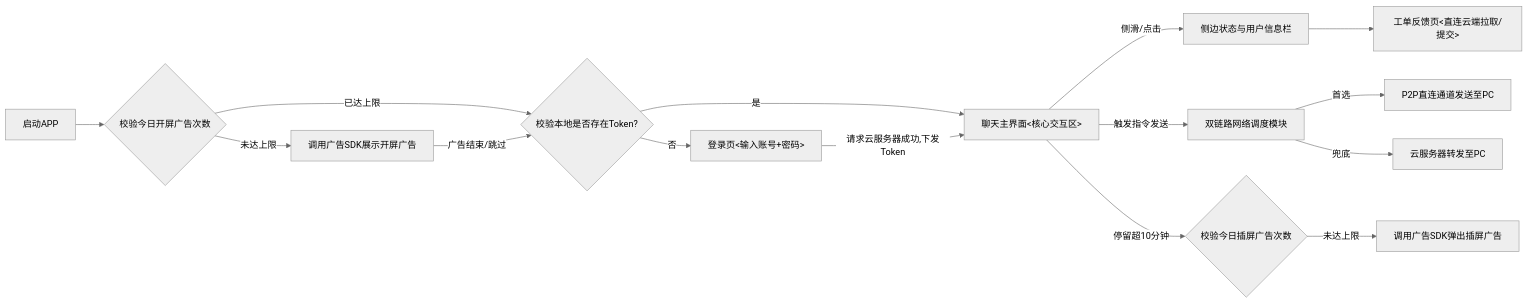
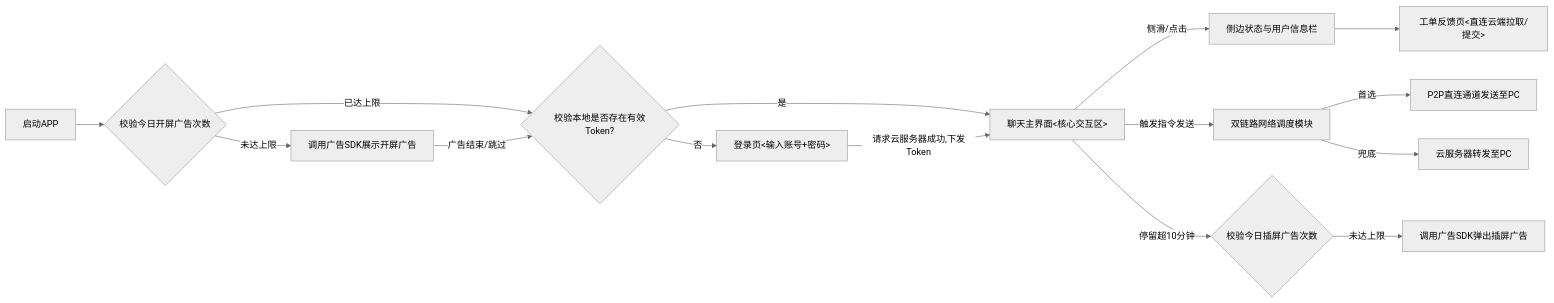
Before and after one commit to lyqgenius-hub/claw-chat-doc: the diagram in Claw Chat 手机端开发方案.md, drawn with Mermaid (neutral theme). The commit also changed other lines of this file, not shown here.

````diff
--- a/Claw Chat 手机端开发方案.md
+++ b/Claw Chat 手机端开发方案.md
@@ -33,18 +33,18 @@
 ```mermaid
 flowchart LR
     A[启动APP] --> B{校验今日开屏广告次数}
     B -->|未达上限| C[调用广告SDK展示开屏广告]
-    B -->|已达上限| D{校验本地是否存在Token?}
+    B -->|已达上限| D{校验本地是否存在有效Token?}
     C -->|广告结束/跳过| D
     D -->|否| E[登录页<输入账号+密码>]
     D -->|是| F[聊天主界面<核心交互区>]
     E -->|请求云服务器成功,下发Token| F
     F -->|侧滑/点击| G[侧边状态与用户信息栏]
     G --> H[工单反馈页<直连云端拉取/提交>]
     F -->|触发指令发送| I[双链路网络调度模块]
     I -->|首选| J[P2P直连通道发送至PC]
     I -->|兜底| K[云服务器转发至PC]
     F -->|停留超10分钟| L{校验今日插屏广告次数}
     L -->|未达上限| M[调用广告SDK弹出插屏广告]
 
 ```
````
